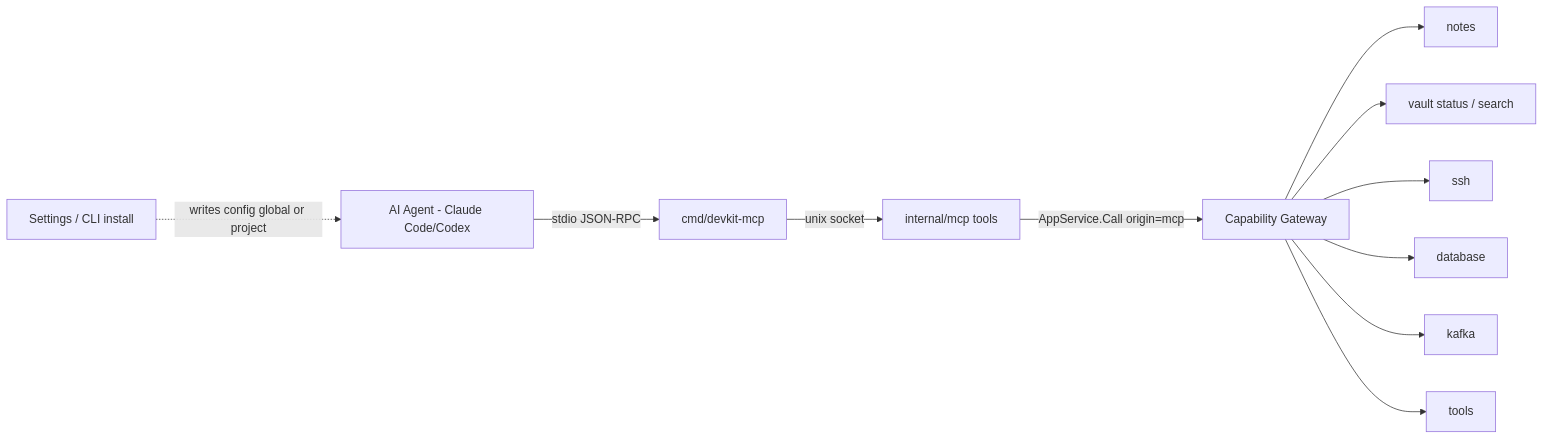
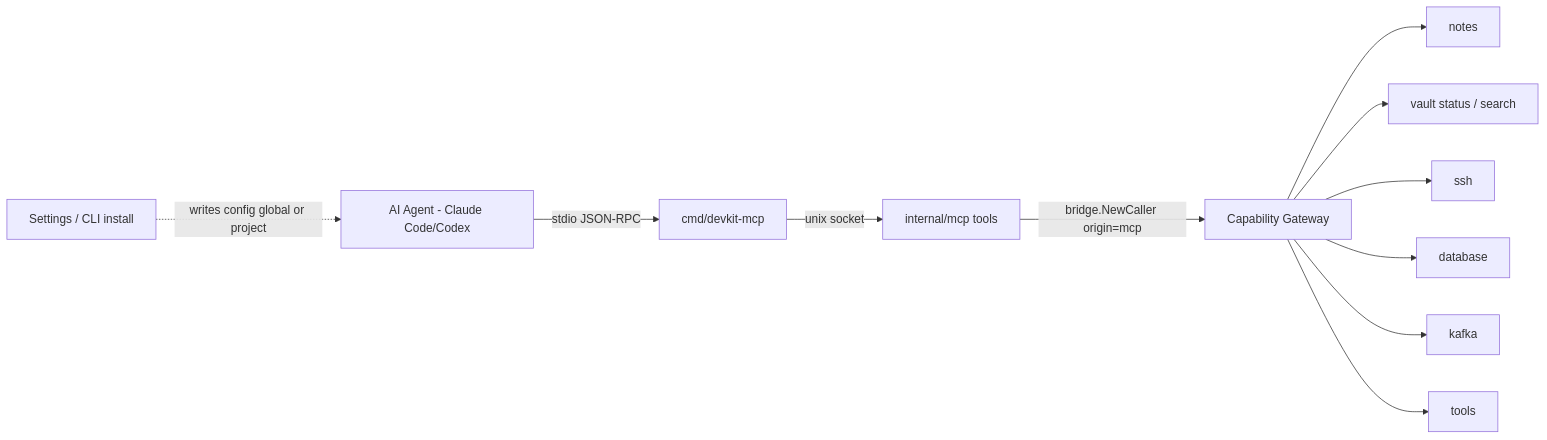
The diagram in content/projects/dev-kit/mcp-agent.mdx (syurodev/base), drawn with Mermaid before and after one commit. The commit also changed 1 other file, not shown here.

Commit message:
Export on AppService means publish to the frontend
Records the invariant the bound-surface guard now enforces, and corrects the
MCP diagram edge: tools reach the gateway through bridge.NewCaller, not
through a method on the bound service.

````diff
--- a/content/projects/dev-kit/mcp-agent.mdx
+++ b/content/projects/dev-kit/mcp-agent.mdx
@@ -19,13 +19,13 @@
 ```mermaid
 flowchart LR
   AGENT[AI Agent - Claude Code/Codex] -->|stdio JSON-RPC| PROXY[cmd/devkit-mcp]
   PROXY -->|unix socket| MCPSRV["internal/mcp tools"]
-  MCPSRV -->|AppService.Call origin=mcp| GW[Capability Gateway]
+  MCPSRV -->|bridge.NewCaller origin=mcp| GW[Capability Gateway]
   GW --> NOTES[notes]
   GW --> VAULT[vault status / search]
   GW --> SSH[ssh]
   GW --> DB[database]
   GW --> KAFKA[kafka]
   GW --> TOOLS[tools]
   INSTALL[Settings / CLI install] -.->|writes config global or project| AGENT
 ```
````
